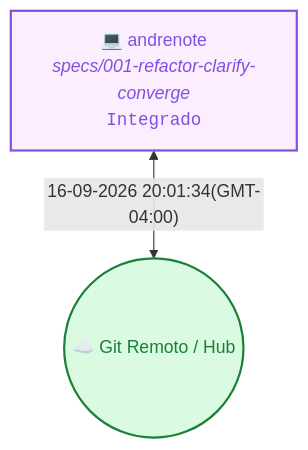
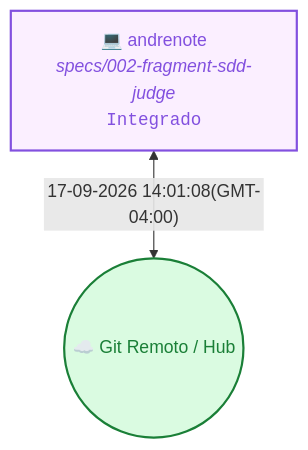
One commit to vitalia-platform/vitalia-sdd-context changed the diagram in README.md. Above: the diagram before and after it, drawn with Mermaid. The commit also changed other lines of this file and 11 other files, not shown here.

````diff
--- a/README.md
+++ b/README.md
@@ -20,8 +20,8 @@
 ```mermaid
 flowchart TD
   Cloud(("☁️ Git Remoto / Hub"))
-  M_7f367bd3["💻 andrenote<br/><i>specs/001-refactor-clarify-converge</i><br/><code>Integrado</code>"]
-  M_7f367bd3 <-->|"16-09-2026 20:01:34(GMT-04:00)"| Cloud
+  M_7f367bd3["💻 andrenote<br/><i>specs/002-fragment-sdd-judge</i><br/><code>Integrado</code>"]
+  M_7f367bd3 <-->|"17-09-2026 14:01:08(GMT-04:00)"| Cloud
   style M_7f367bd3 stroke:#8250df,stroke-width:2px,fill:#fbefff,color:#8250df
   style Cloud stroke:#1a7f37,stroke-width:2px,fill:#dafbe1,color:#1a7f37
 ```
````
